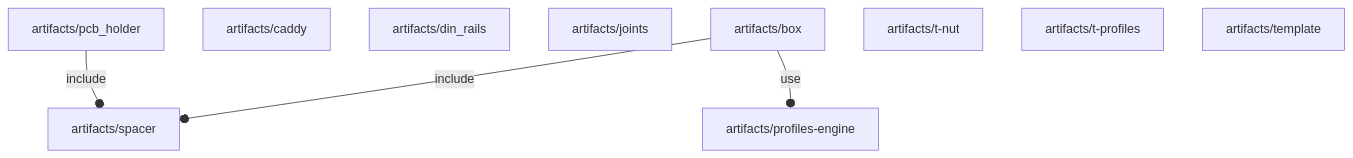
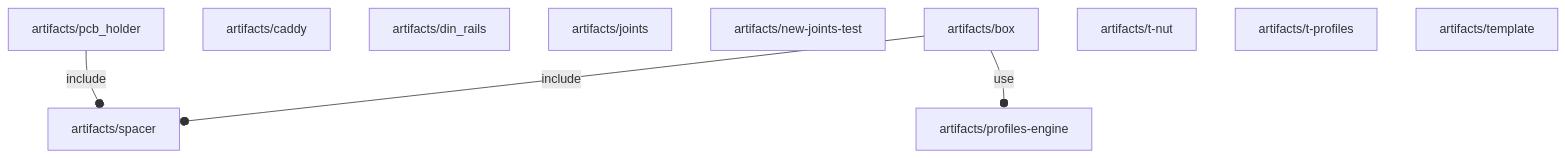
One commit to ggabbiani/OFL changed the diagram in orthodocs/artifacts/deps.md. Above: the diagram before and after it, drawn with Mermaid. The commit also changed 11 other files, not shown here.

````diff
--- a/orthodocs/artifacts/deps.md
+++ b/orthodocs/artifacts/deps.md
@@ -3,14 +3,15 @@
 ```mermaid
 graph TD
     A1[artifacts/box] --o|include| A2[artifacts/spacer]
     A1 --o|use| A3[artifacts/profiles-engine]
     A4[artifacts/caddy]
     A5[artifacts/din_rails]
     A6[artifacts/joints]
-    A7[artifacts/pcb_holder] --o|include| A2
+    A7[artifacts/new-joints-test]
+    A8[artifacts/pcb_holder] --o|include| A2
     A3
     A2
-    A8[artifacts/t-nut]
-    A9[artifacts/t-profiles]
-    A10[artifacts/template]
+    A9[artifacts/t-nut]
+    A10[artifacts/t-profiles]
+    A11[artifacts/template]
 ```
````
